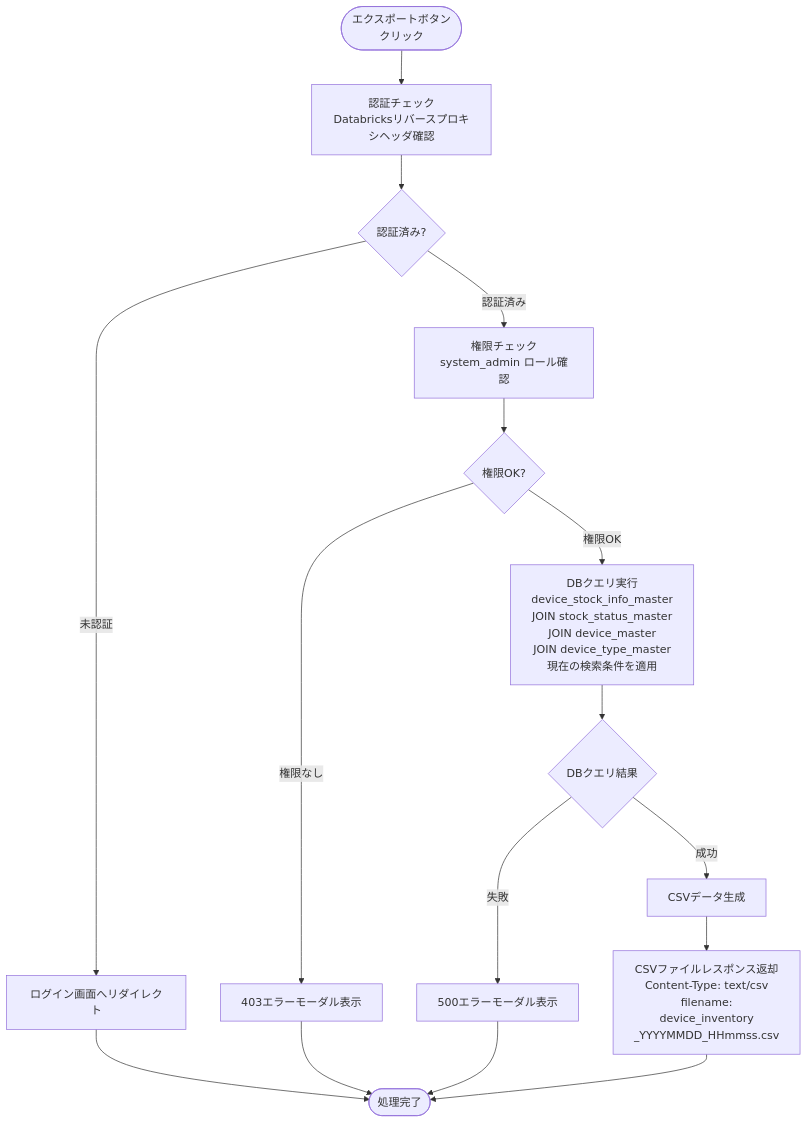
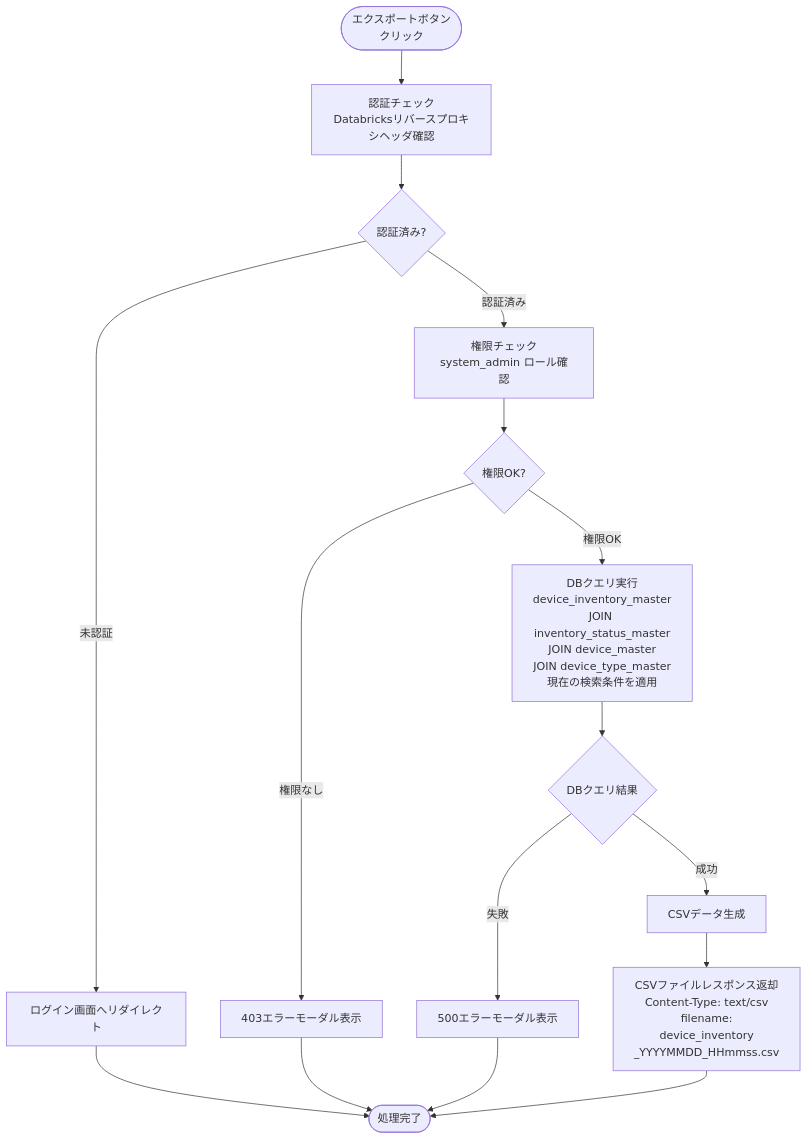
The ninth of 9 diagrams in docs/03-features/flask-app/device-inventory/workflow-specification.md (NSW-SVCP-AIWG002/Databricks-IoT), drawn with Mermaid before and after one commit. The commit also changed other lines of this file and 4 other files, not shown here.

````diff
--- a/docs/03-features/flask-app/device-inventory/workflow-specification.md
+++ b/docs/03-features/flask-app/device-inventory/workflow-specification.md
@@ -779,22 +779,22 @@
 ```mermaid
 flowchart TD
     Start([エクスポートボタン<br>クリック]) --> Auth[認証チェック<br>Databricksリバースプロキシヘッダ確認]
     Auth --> CheckAuth{認証済み?}
     CheckAuth -->|未認証| Error401[ログイン画面へリダイレクト]
     Error401 --> End([処理完了])
 
     CheckAuth -->|認証済み| Permission[権限チェック<br>system_admin ロール確認]
     Permission --> CheckPerm{権限OK?}
     CheckPerm -->|権限なし| Error403[403エラーモーダル表示]
     Error403 --> End
 
-    CheckPerm -->|権限OK| GetParams[DBクエリ実行<br>device_stock_info_master<br>JOIN stock_status_master<br>JOIN device_master<br>JOIN device_type_master<br>現在の検索条件を適用]
+    CheckPerm -->|権限OK| GetParams[DBクエリ実行<br>device_inventory_master<br>JOIN inventory_status_master<br>JOIN device_master<br>JOIN device_type_master<br>現在の検索条件を適用]
     GetParams --> CheckDB{DBクエリ結果}
 
     CheckDB -->|失敗| Error500[500エラーモーダル表示]
     Error500 --> End
 
     CheckDB -->|成功| Generate[CSVデータ生成]
     Generate --> Response[CSVファイルレスポンス返却<br>Content-Type: text/csv<br>filename:<br>device_inventory<br>_YYYYMMDD_HHmmss.csv]
     Response --> End
 ```
````
